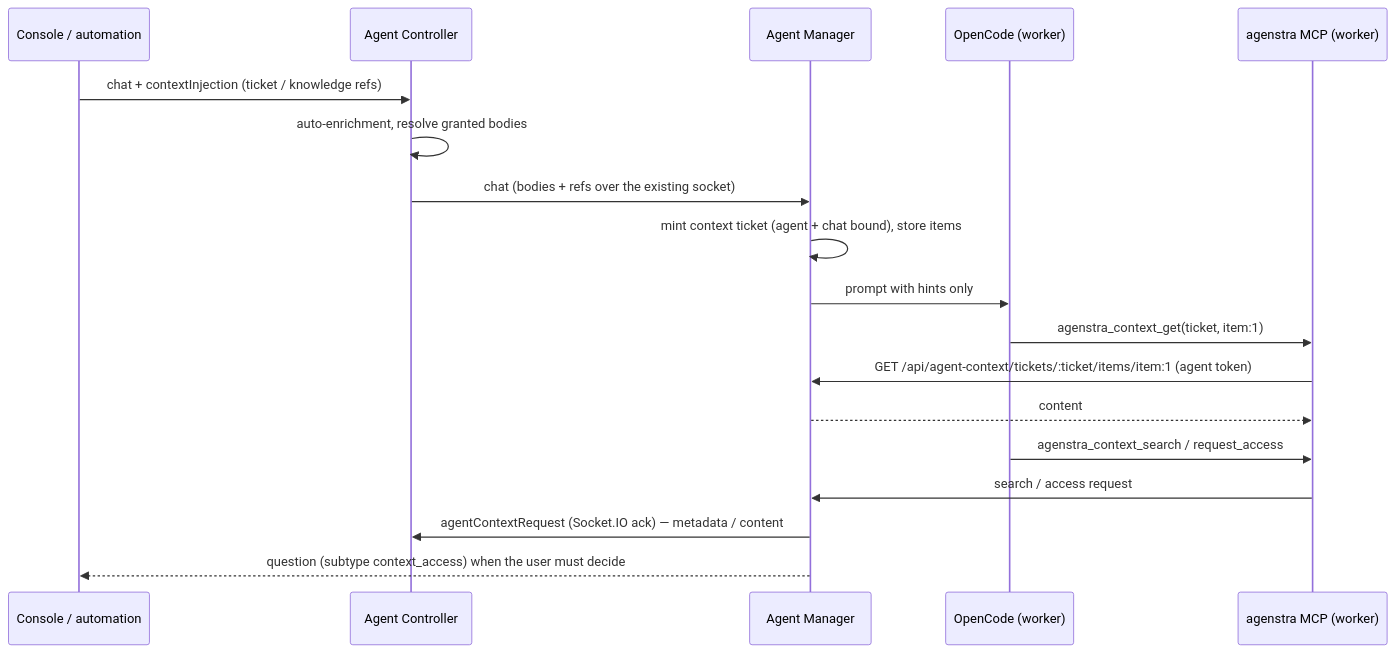
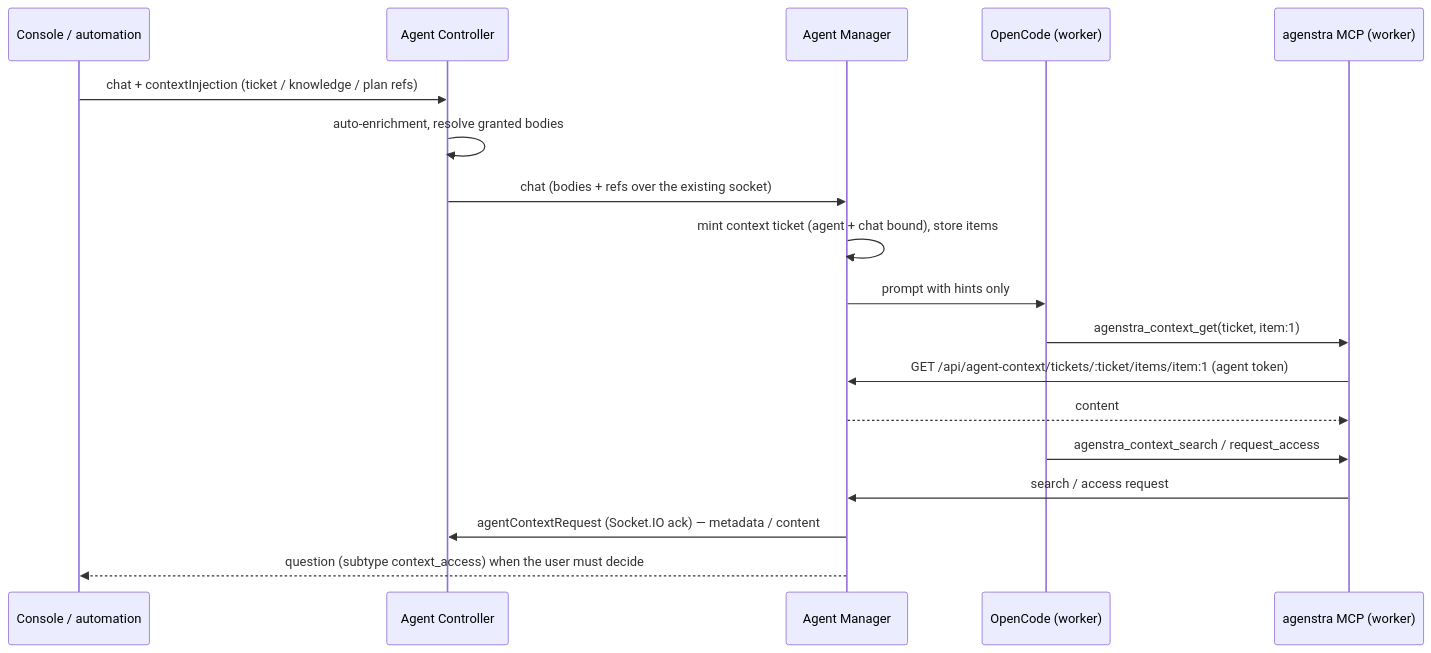
One commit to forepath/one changed the diagram in docs/agenstra/ai-agents/context-mcp.md. Above: the diagram before and after it, drawn with Mermaid. The commit also changed other lines of this file and 94 other files, not shown here.

````diff
--- a/docs/agenstra/ai-agents/context-mcp.md
+++ b/docs/agenstra/ai-agents/context-mcp.md
@@ -9,21 +9,21 @@
 ```mermaid
 sequenceDiagram
     participant U as Console / automation
     participant C as Agent Controller
     participant M as Agent Manager
     participant O as OpenCode (worker)
     participant X as agenstra MCP (worker)
 
-    U->>C: chat + contextInjection (ticket / knowledge refs)
+    U->>C: chat + contextInjection (ticket / knowledge / plan refs)
     C->>C: auto-enrichment, resolve granted bodies
     C->>M: chat (bodies + refs over the existing socket)
     M->>M: mint context ticket (agent + chat bound), store items
     M->>O: prompt with hints only
     O->>X: agenstra_context_get(ticket, item:1)
     X->>M: GET /api/agent-context/tickets/:ticket/items/item:1 (agent token)
     M-->>X: content
     O->>X: agenstra_context_search / request_access
     X->>M: search / access request
     M->>C: agentContextRequest (Socket.IO ack) — metadata / content
     M-->>U: question (subtype context_access) when the user must decide
 ```
````
